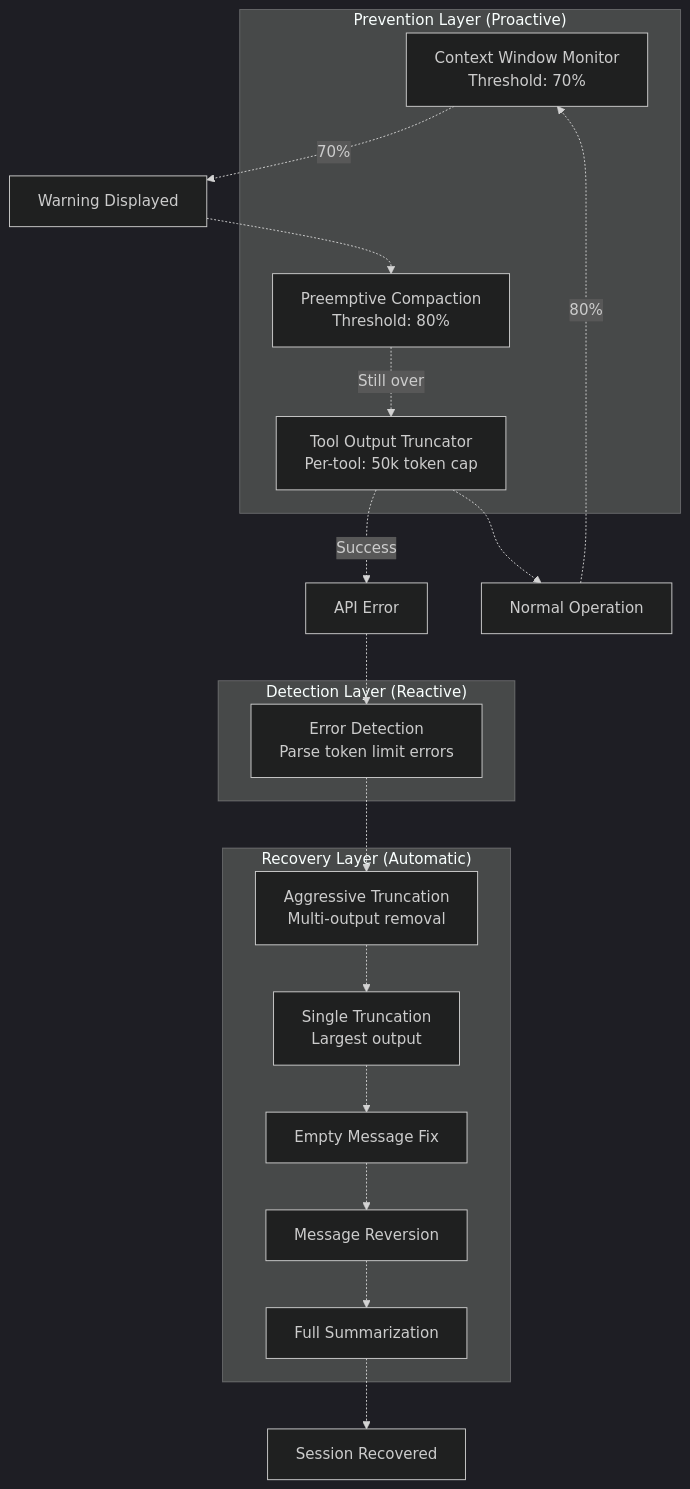
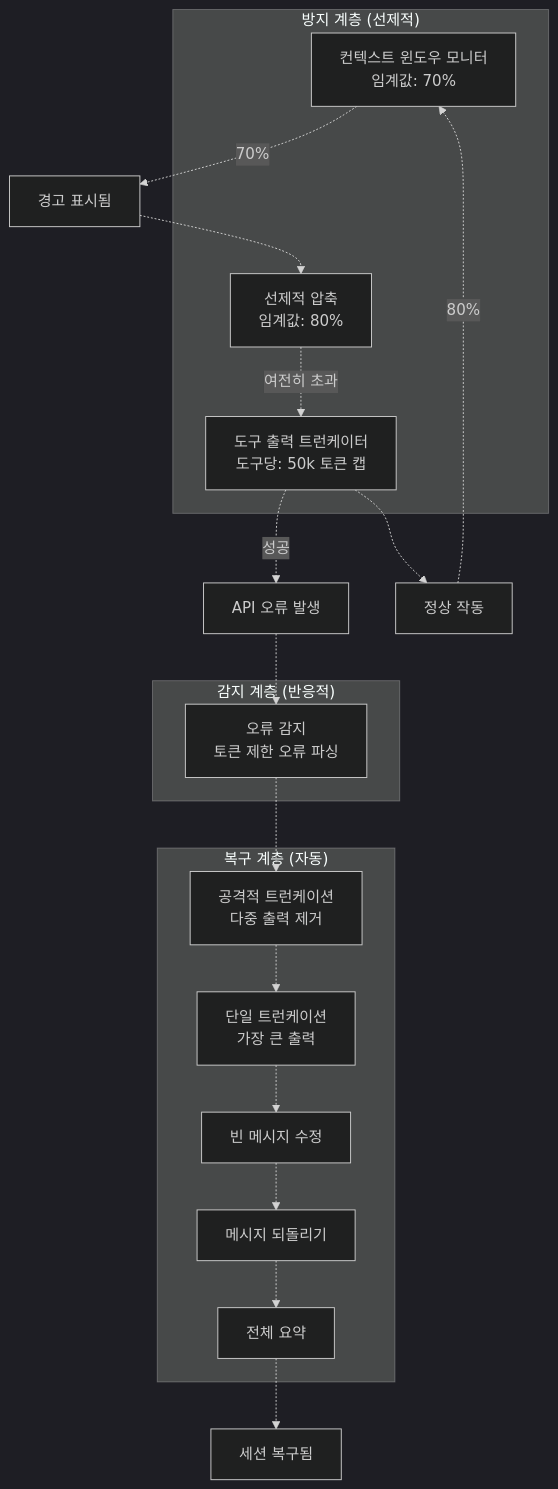
One commit to felipetruman/oh-my-opencode-docs changed the tenth of 10 diagrams in docs/hooks/context-management-hooks.md. Above: the diagram before and after it, drawn with Mermaid (dark theme). The commit also changed other lines of this file and 76 other files, not shown here.

````diff
--- a/docs/hooks/context-management-hooks.md
+++ b/docs/hooks/context-management-hooks.md
@@ -963,49 +964,49 @@
 ```mermaid
 flowchart TD
 
-Monitor["Context Window Monitor<br>Threshold: 70%"]
-Preemptive["Preemptive Compaction<br>Threshold: 80%"]
-ToolTrunc["Tool Output Truncator<br>Per-tool: 50k token cap"]
-ErrorDetect["Error Detection<br>Parse token limit errors"]
-AggressiveTrunc["Aggressive Truncation<br>Multi-output removal"]
-SingleTrunc["Single Truncation<br>Largest output"]
-EmptyFix["Empty Message Fix"]
-Revert["Message Reversion"]
-Summarize["Full Summarization"]
-NormalOp["Normal Operation"]
-Warning["Warning Displayed"]
-ErrorThrown["API Error"]
-Recovered["Session Recovered"]
+Monitor["컨텍스트 윈도우 모니터<br>임계값: 70%"]
+Preemptive["선제적 압축<br>임계값: 80%"]
+ToolTrunc["도구 출력 트런케이터<br>도구당: 50k 토큰 캡"]
+ErrorDetect["오류 감지<br>토큰 제한 오류 파싱"]
+AggressiveTrunc["공격적 트런케이션<br>다중 출력 제거"]
+SingleTrunc["단일 트런케이션<br>가장 큰 출력"]
+EmptyFix["빈 메시지 수정"]
+Revert["메시지 되돌리기"]
+Summarize["전체 요약"]
+NormalOp["정상 작동"]
+Warning["경고 표시됨"]
+ErrorThrown["API 오류 발생"]
+Recovered["세션 복구됨"]
 
 NormalOp -.->|"80%"| Monitor
 Monitor -.->|"70%"| Warning
 Warning -.-> Preemptive
-ToolTrunc -.->|"Success"| ErrorThrown
+ToolTrunc -.->|"성공"| ErrorThrown
 ToolTrunc -.-> NormalOp
 ErrorThrown -.-> ErrorDetect
 ErrorDetect -.-> AggressiveTrunc
 Summarize -.-> Recovered
 
-subgraph subGraph2 ["Recovery Layer (Automatic)"]
+subgraph subGraph2 ["복구 계층 (자동)"]
     AggressiveTrunc
     SingleTrunc
     EmptyFix
     Revert
     Summarize
     AggressiveTrunc -.-> SingleTrunc
     SingleTrunc -.-> EmptyFix
     EmptyFix -.-> Revert
     Revert -.-> Summarize
 end
 
-subgraph subGraph1 ["Detection Layer (Reactive)"]
+subgraph subGraph1 ["감지 계층 (반응적)"]
     ErrorDetect
 end
 
-subgraph subGraph0 ["Prevention Layer (Proactive)"]
+subgraph subGraph0 ["방지 계층 (선제적)"]
     Monitor
     Preemptive
     ToolTrunc
-    Preemptive -.->|"Still over"| ToolTrunc
+    Preemptive -.->|"여전히 초과"| ToolTrunc
 end
 ```
````
